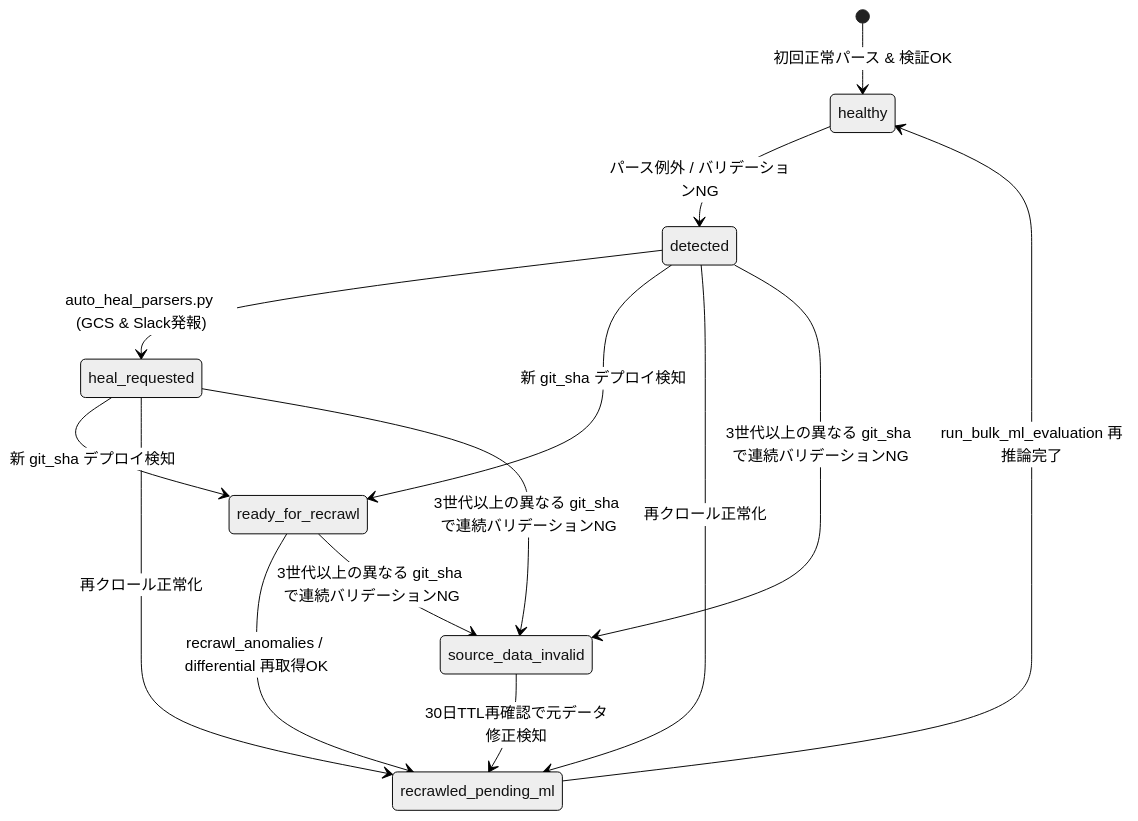
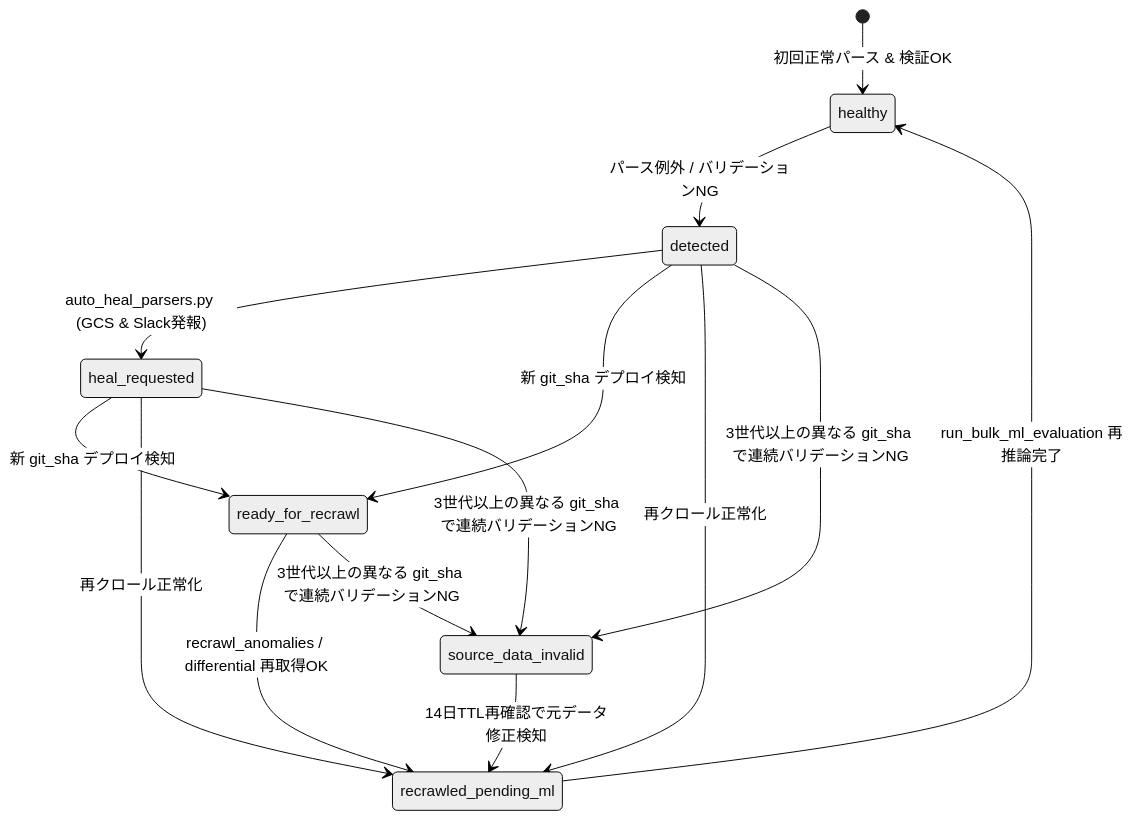
One commit to AnaharaYasuo/realestate_crawler changed the fifth of 5 diagrams in docs/1_architecture/detailed_design_master.md. Above: the diagram before and after it, drawn with Mermaid (neutral theme). The commit also changed other lines of this file and 8 other files, not shown here.

````diff
--- a/docs/1_architecture/detailed_design_master.md
+++ b/docs/1_architecture/detailed_design_master.md
@@ -963,16 +963,16 @@
 ```mermaid
 stateDiagram-v2
     [*] --> healthy : 初回正常パース & 検証OK
     healthy --> detected : パース例外 / バリデーションNG
     detected --> heal_requested : auto_heal_parsers.py (GCS & Slack発報)
     detected --> ready_for_recrawl : 新 git_sha デプロイ検知
     heal_requested --> ready_for_recrawl : 新 git_sha デプロイ検知
     detected --> recrawled_pending_ml : 再クロール正常化
     heal_requested --> recrawled_pending_ml : 再クロール正常化
     ready_for_recrawl --> recrawled_pending_ml : recrawl_anomalies / differential 再取得OK
     recrawled_pending_ml --> healthy : run_bulk_ml_evaluation 再推論完了
     detected --> source_data_invalid : 3世代以上の異なる git_sha で連続バリデーションNG
     heal_requested --> source_data_invalid : 3世代以上の異なる git_sha で連続バリデーションNG
     ready_for_recrawl --> source_data_invalid : 3世代以上の異なる git_sha で連続バリデーションNG
-    source_data_invalid --> recrawled_pending_ml : 30日TTL再確認で元データ修正検知
+    source_data_invalid --> recrawled_pending_ml : 14日TTL再確認で元データ修正検知
 ```
````
